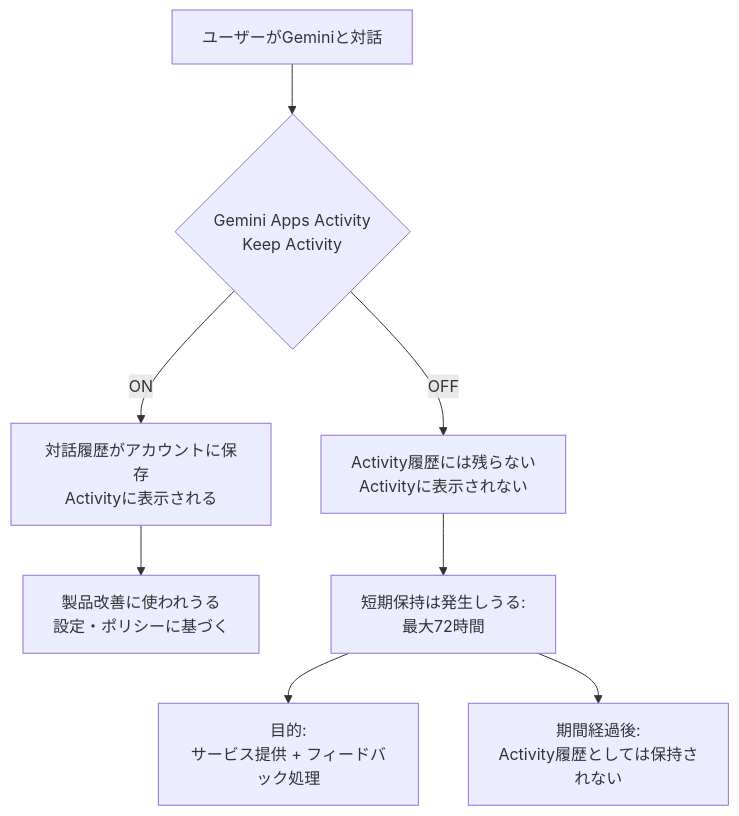
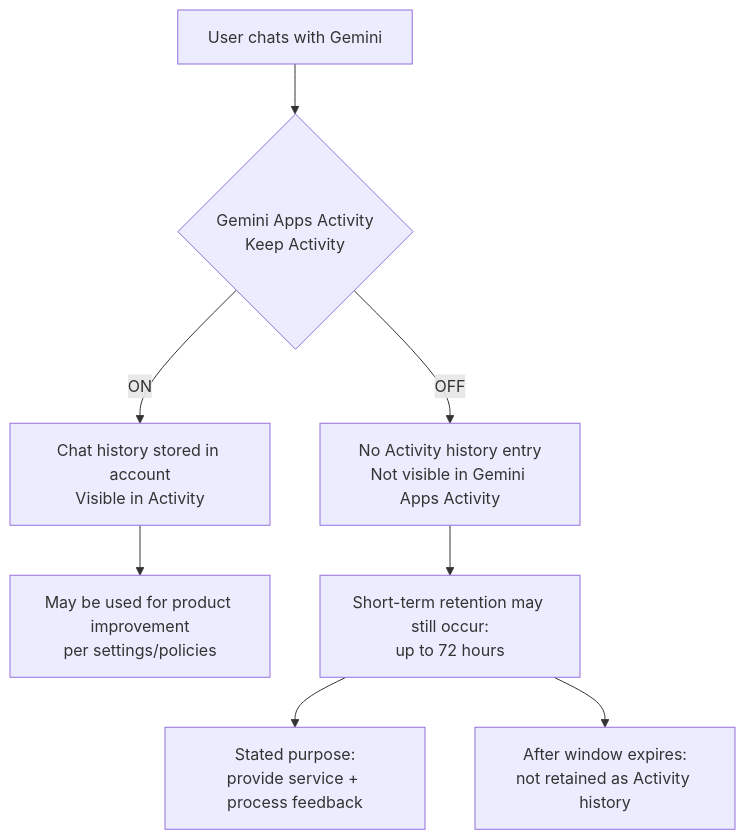
The diagram in README.md (superdoccimo/gemini-72h-visibility), drawn with Mermaid before and after one commit. The commit also changed other lines of this file and 2 other files, not shown here.

First line of the commit message:
Initial commit: Gemini 72h invisible retention documentation

````diff
--- a/README.md
+++ b/README.md
@@ -11,11 +15,11 @@
 ```mermaid
 flowchart TB
-  A[ユーザーがGeminiと対話] --> B{Gemini Apps Activity\nKeep Activity}
-  B -->|ON| C[対話履歴がアカウントに保存\nActivityに表示される]
-  C --> D[製品改善に使われうる\n設定・ポリシーに基づく]
+  A[User chats with Gemini] --> B{Gemini Apps Activity\nKeep Activity}
+  B -->|ON| C[Chat history stored in account\nVisible in Activity]
+  C --> D[May be used for product improvement\nper settings/policies]
 
-  B -->|OFF| E[Activity履歴には残らない\nActivityに表示されない]
-  E --> F[短期保持は発生しうる:\n最大72時間]
-  F --> G[目的:\nサービス提供 + フィードバック処理]
-  F --> H[期間経過後:\nActivity履歴としては保持されない]
+  B -->|OFF| E[No Activity history entry\nNot visible in Gemini Apps Activity]
+  E --> F[Short-term retention may still occur:\nup to 72 hours]
+  F --> G[Stated purpose:\nprovide service + process feedback]
+  F --> H[After window expires:\nnot retained as Activity history]
 ```
````
